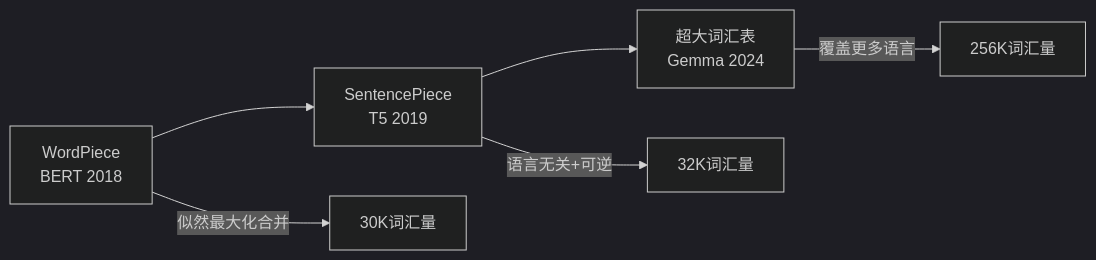
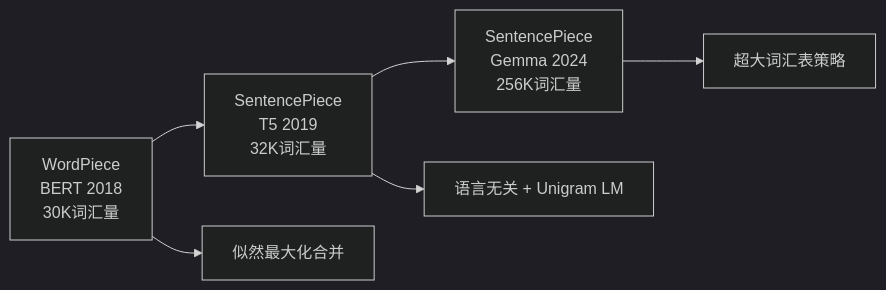
One commit to kyksj-1/LLM-from-0 changed the first of 3 diagrams in 01_tokenization/advanced.md. Above: the diagram before and after it, drawn with Mermaid (dark theme). The commit also changed other lines of this file and 2 other files, not shown here.

````diff
--- a/01_tokenization/advanced.md
+++ b/01_tokenization/advanced.md
@@ -22,9 +22,9 @@
 ```mermaid
 graph LR
-    A[WordPiece<br/>BERT 2018] --> B[SentencePiece<br/>T5 2019]
-    B --> C[超大词汇表<br/>Gemma 2024]
+    A[WordPiece<br/>BERT 2018<br/>30K词汇量] --> B[SentencePiece<br/>T5 2019<br/>32K词汇量]
+    B --> C[SentencePiece<br/>Gemma 2024<br/>256K词汇量]
 
-    A -->|似然最大化合并| A1[30K词汇量]
-    B -->|语言无关+可逆| B1[32K词汇量]
-    C -->|覆盖更多语言| C1[256K词汇量]
+    A --> A1[似然最大化合并]
+    B --> B1[语言无关 + Unigram LM]
+    C --> C1[超大词汇表策略]
 ```
````
